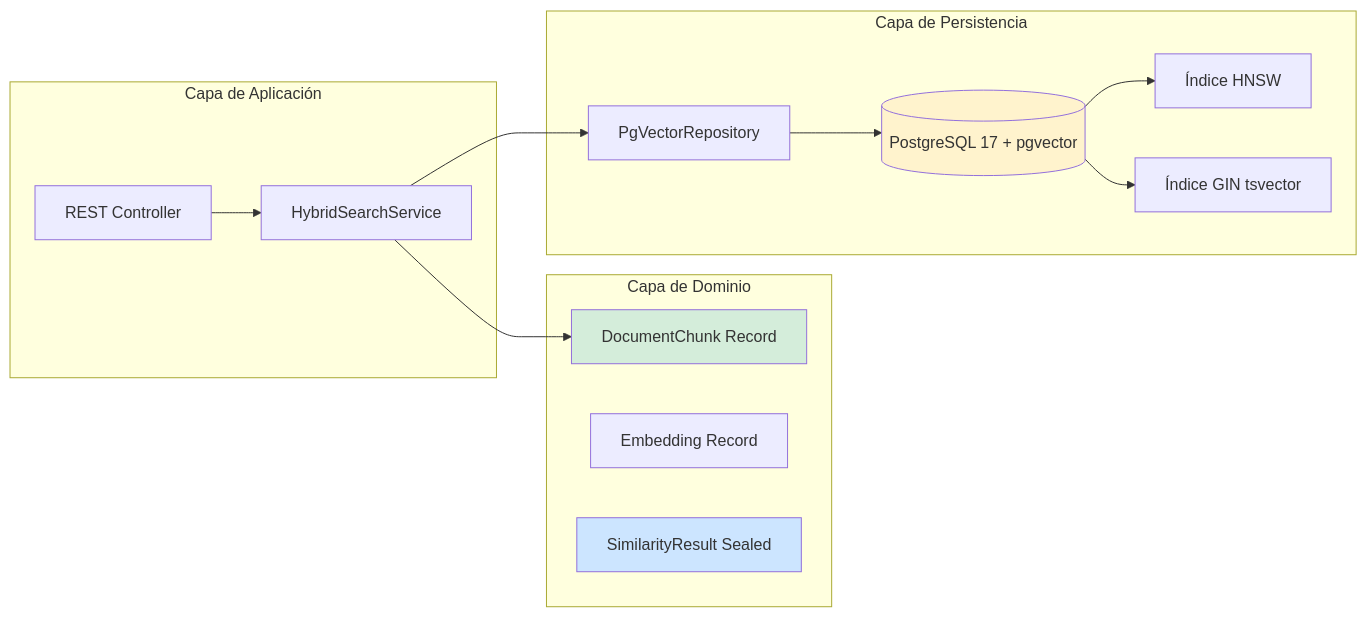
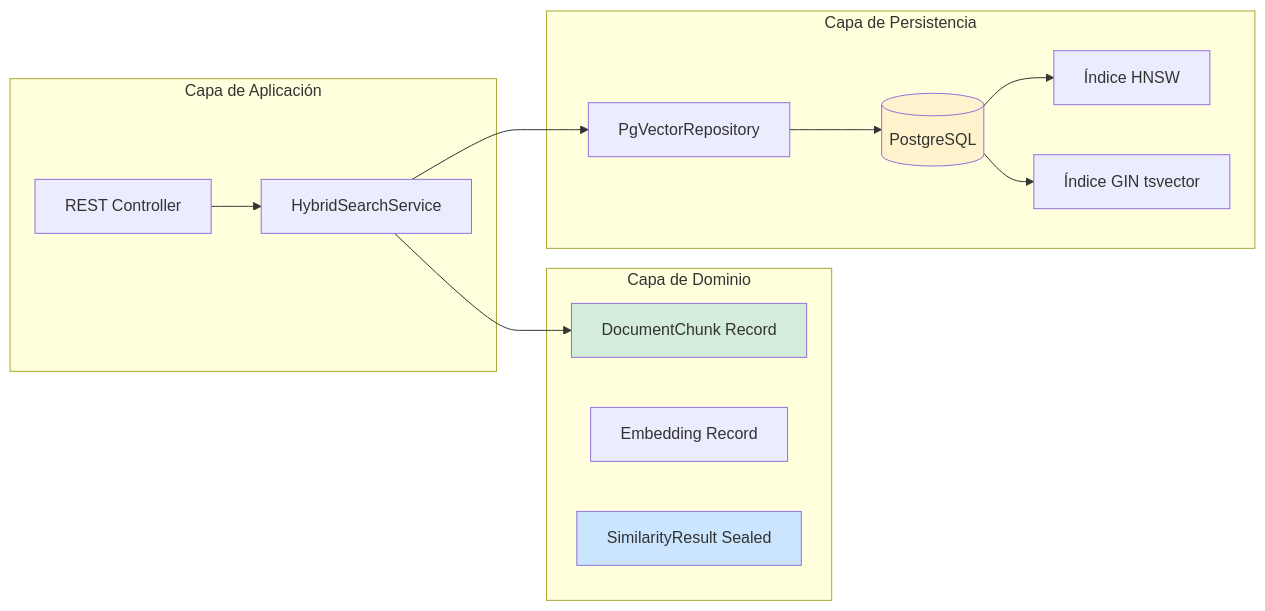
Before and after one commit to Joaquinriosheredia/DAM-Java-Mastery: the second of 5 diagrams in 04_Bases_de_Datos/vector_search_con_pgvector_y_postgresql_17_para_aplicaciones_ia_STAFF.md, drawn with Mermaid. The commit also changed other lines of this file, not shown here.

Commit message:
vector_search_con_pgvector_y_postgresql_17_para_aplicaciones_ia_STAFF.md

````diff
--- a/04_Bases_de_Datos/vector_search_con_pgvector_y_postgresql_17_para_aplicaciones_ia_STAFF.md
+++ b/04_Bases_de_Datos/vector_search_con_pgvector_y_postgresql_17_para_aplicaciones_ia_STAFF.md
@@ -117,31 +187,31 @@
 ```mermaid
 graph LR
     subgraph "Capa de Aplicación"
         API[REST Controller]
         SVC[HybridSearchService]
     end
     
     subgraph "Capa de Dominio"
         CHUNK[DocumentChunk Record]
         EMB[Embedding Record]
         RESULT[SimilarityResult Sealed]
     end
     
     subgraph "Capa de Persistencia"
         REPO[PgVectorRepository]
-        PG[(PostgreSQL 17 + pgvector)]
+        PG[(PostgreSQL)]
         HNSW[Índice HNSW]
         GIN[Índice GIN tsvector]
     end
     
     API --> SVC
     SVC --> CHUNK
     SVC --> REPO
     REPO --> PG
     PG --> HNSW
     PG --> GIN
     
     style CHUNK fill:#d4edda
     style RESULT fill:#cce5ff
     style PG fill:#fff3cd
 ```
````
